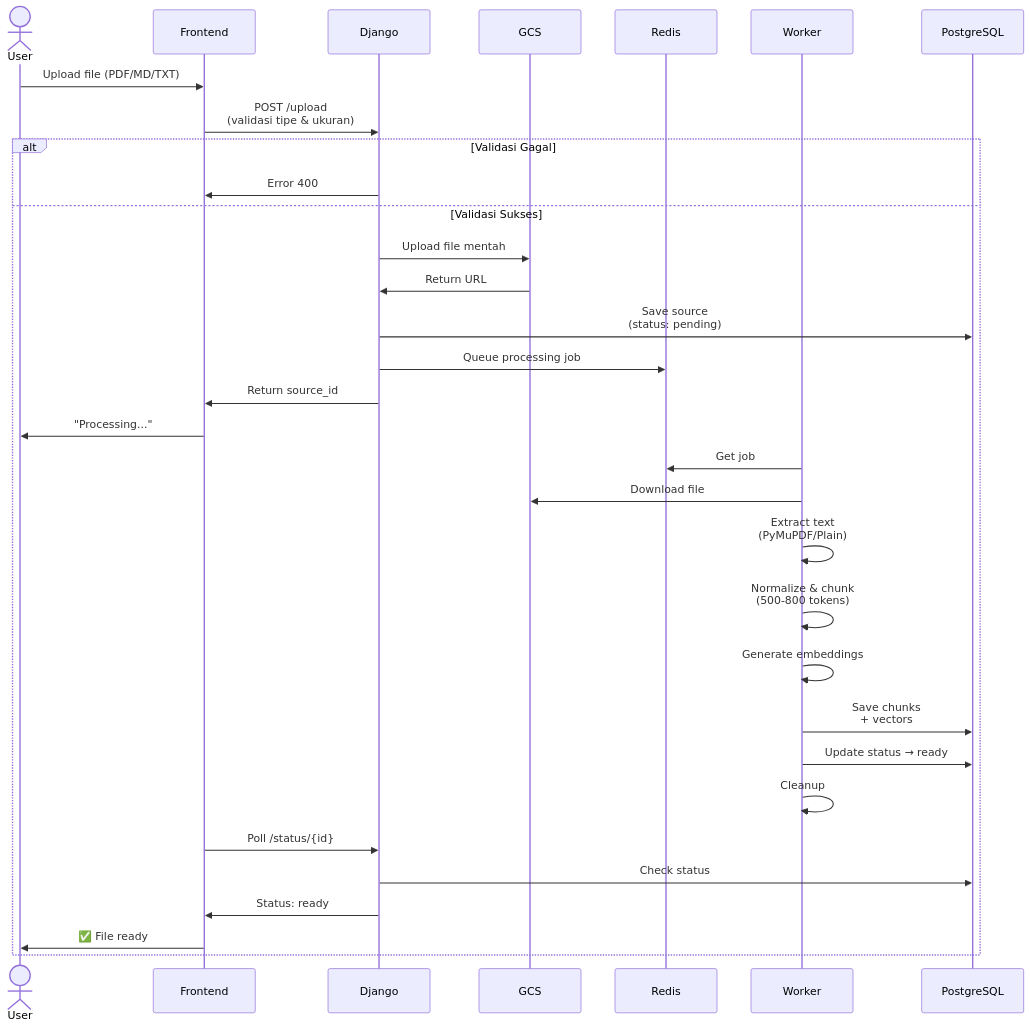
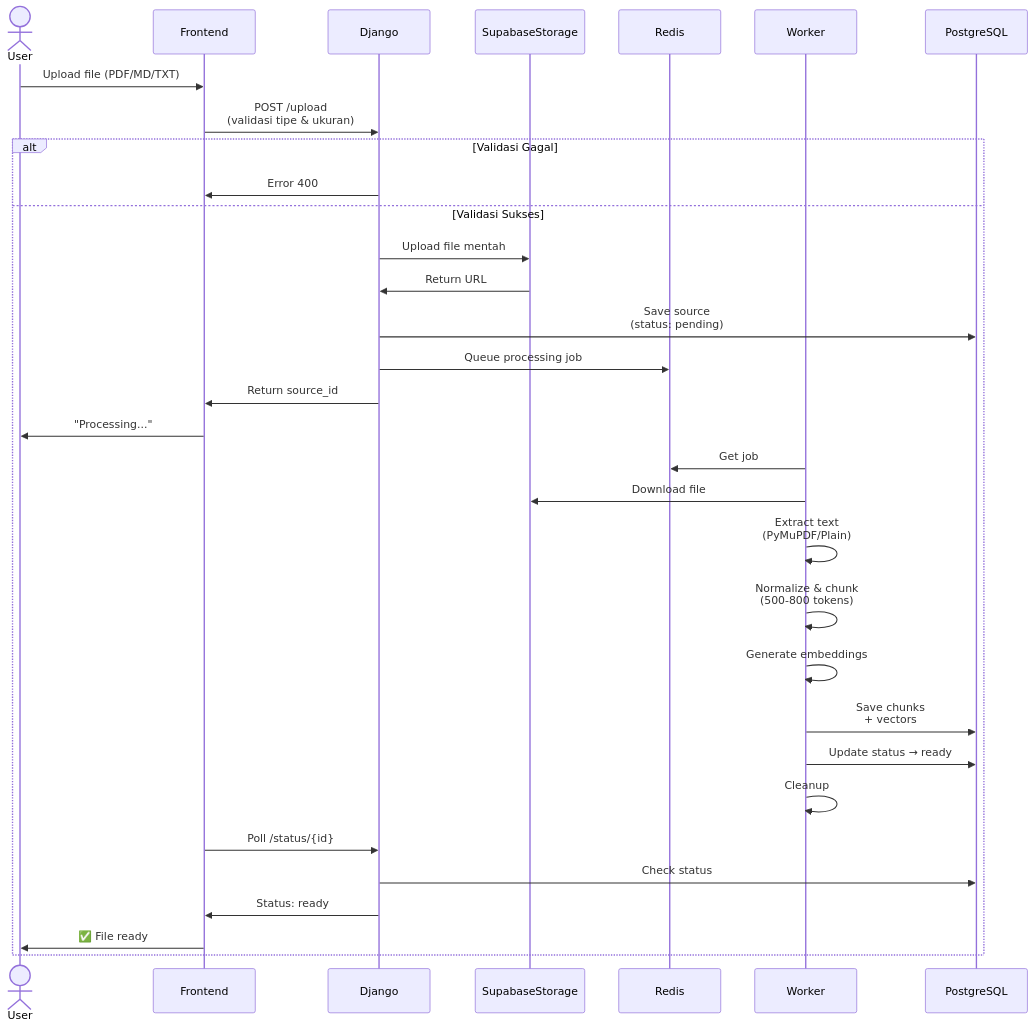
The third of 6 diagrams in Architecture.md (IbnuSabilGitHub/MythosNote), drawn with Mermaid before and after one commit. The commit also changed other lines of this file and 8 other files, not shown here.

Commit message:
feat(storage): migrasi dari GCS ke Supabase Storage

````diff
--- a/Architecture.md
+++ b/Architecture.md
@@ -130,38 +130,38 @@
 ```mermaid
 sequenceDiagram
     actor User
     participant Frontend
     participant Django
-    participant GCS
+    participant SupabaseStorage
     participant Redis
     participant Worker
     participant PostgreSQL
     
     User->>Frontend: Upload file (PDF/MD/TXT)
     Frontend->>Django: POST /upload<br/>(validasi tipe & ukuran)
     
     alt Validasi Gagal
         Django->>Frontend: Error 400
     else Validasi Sukses
-        Django->>GCS: Upload file mentah
-        GCS->>Django: Return URL
+        Django->>SupabaseStorage: Upload file mentah
+        SupabaseStorage->>Django: Return URL
         Django->>PostgreSQL: Save source<br/>(status: pending)
         Django->>Redis: Queue processing job
         Django->>Frontend: Return source_id
         Frontend->>User: "Processing..."
         
         Worker->>Redis: Get job
-        Worker->>GCS: Download file
+        Worker->>SupabaseStorage: Download file
         Worker->>Worker: Extract text<br/>(PyMuPDF/Plain)
         Worker->>Worker: Normalize & chunk<br/>(500-800 tokens)
         Worker->>Worker: Generate embeddings
         Worker->>PostgreSQL: Save chunks<br/>+ vectors
         Worker->>PostgreSQL: Update status → ready
         Worker->>Worker: Cleanup
         
         Frontend->>Django: Poll /status/{id}
         Django->>PostgreSQL: Check status
         Django->>Frontend: Status: ready
         Frontend->>User: ✅ File ready
     end
 ```
````
